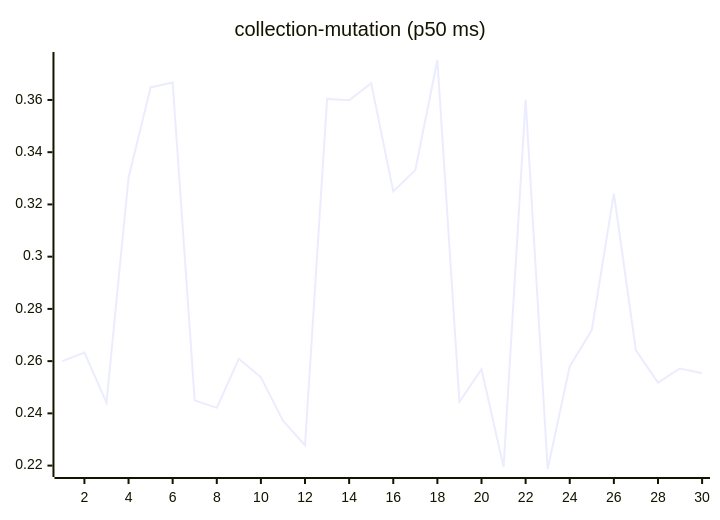
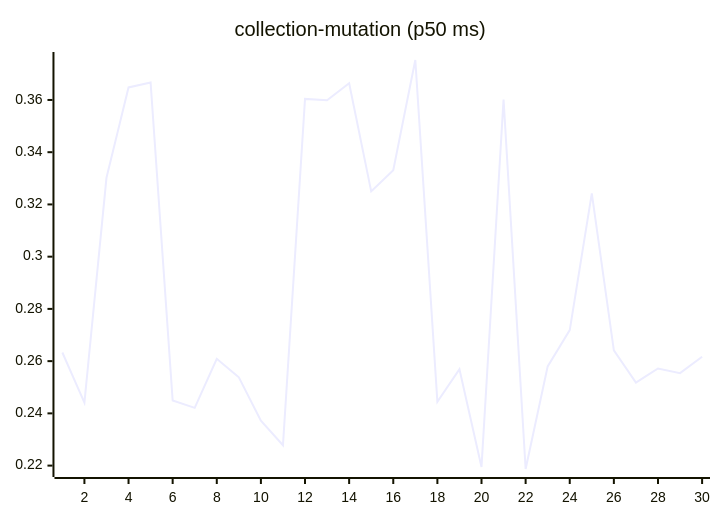
One commit to josha/Facet changed the sixth of 27 diagrams in README.md. Above: the diagram before and after it, drawn with Mermaid. The commit also changed other lines of this file and 2 other files, not shown here.

````diff
--- a/README.md
+++ b/README.md
@@ -98,6 +98,6 @@
 ```mermaid
 xychart-beta
     title "collection-mutation (p50 ms)"
     x-axis 1 --> 30
-    line [0.2600, 0.2633, 0.2441, 0.3302, 0.3648, 0.3667, 0.2449, 0.2421, 0.2609, 0.2538, 0.2372, 0.2278, 0.3604, 0.3599, 0.3664, 0.3250, 0.3331, 0.3753, 0.2444, 0.2569, 0.2195, 0.3602, 0.2187, 0.2580, 0.2719, 0.3242, 0.2641, 0.2518, 0.2572, 0.2554]
+    line [0.2633, 0.2441, 0.3302, 0.3648, 0.3667, 0.2449, 0.2421, 0.2609, 0.2538, 0.2372, 0.2278, 0.3604, 0.3599, 0.3664, 0.3250, 0.3331, 0.3753, 0.2444, 0.2569, 0.2195, 0.3602, 0.2187, 0.2580, 0.2719, 0.3242, 0.2641, 0.2518, 0.2572, 0.2554, 0.2617]
 ```
````
